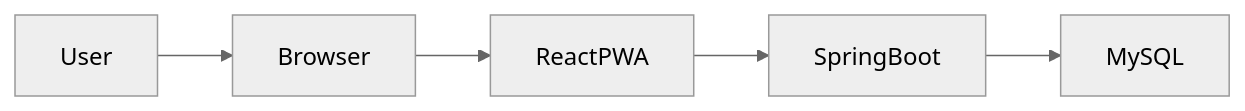
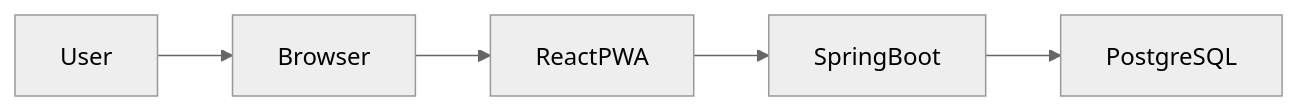
Before and after one commit to Hunter-Theory-Examination-Jagarexamen/hunter-exam-trainer: the diagram in docs/Design/System-Architecture.md, drawn with Mermaid (neutral theme). The commit also changed 4 other files, not shown here.

First line of the commit message:
feat: migrate database from MySQL to PostgreSQL (#43)

````diff
--- a/docs/Design/System-Architecture.md
+++ b/docs/Design/System-Architecture.md
@@ -3,11 +3,11 @@
 ```mermaid
 flowchart LR
 
 User --> Browser
 
 Browser --> ReactPWA
 
 ReactPWA --> SpringBoot
 
-SpringBoot --> MySQL
+SpringBoot --> PostgreSQL
 ```
````
